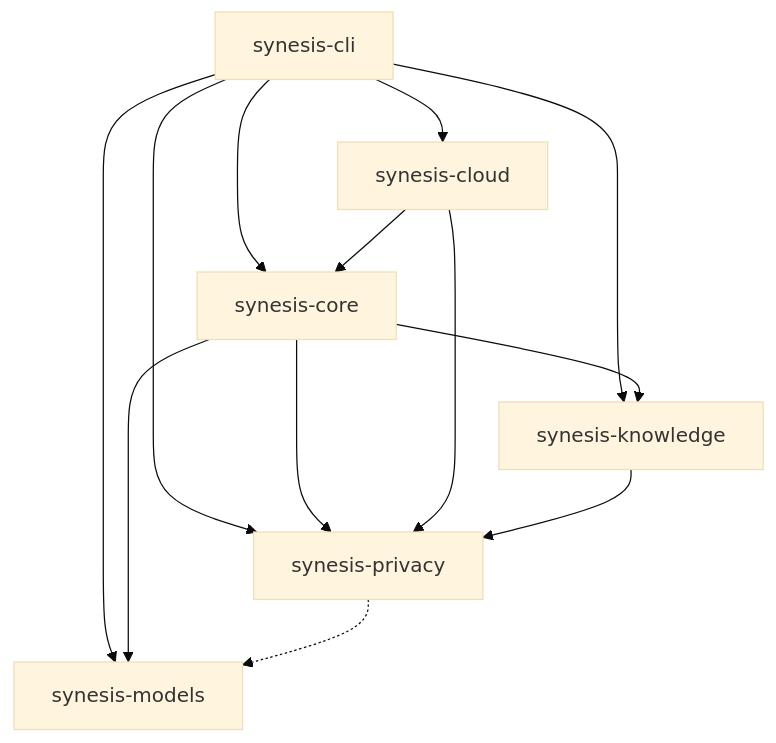
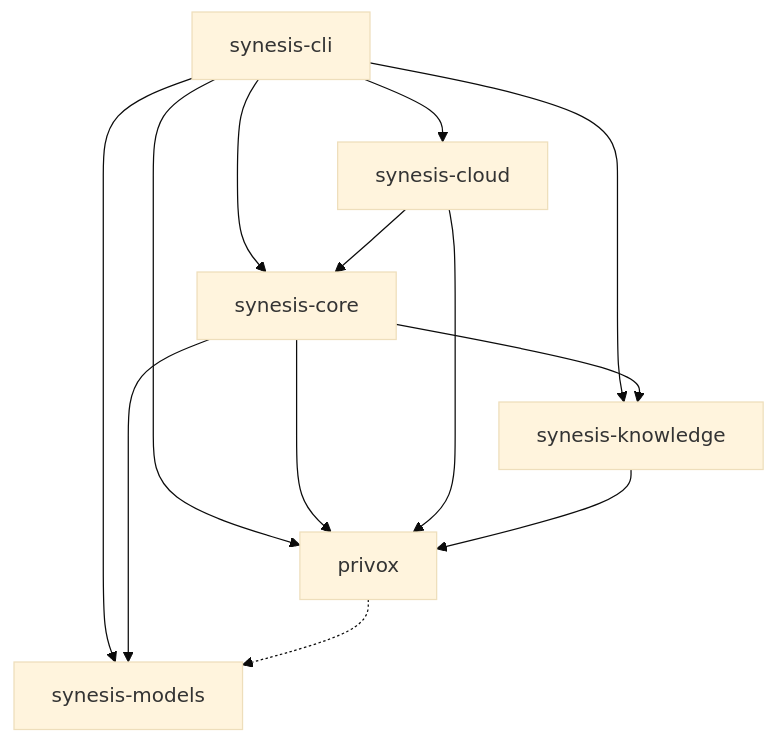
Before and after one commit to SuperInstance/tripartite-rs: the diagram in docs/ECOSYSTEM.md, drawn with Mermaid (base theme). The commit also changed other lines of this file and 1022 other files, not shown here.

````diff
--- a/docs/ECOSYSTEM.md
+++ b/docs/ECOSYSTEM.md
@@ -59,19 +59,19 @@
 ```mermaid
 graph TD
     CLI[synesis-cli] --> Core[synesis-core]
     CLI --> Knowledge[synesis-knowledge]
-    CLI --> Privacy[synesis-privacy]
+    CLI --> Privox[privox]
     CLI --> Models[synesis-models]
     CLI --> Cloud[synesis-cloud]
 
-    Core --> Privacy
+    Core --> Privox
     Core --> Knowledge
     Core --> Models
 
-    Cloud --> Privacy
+    Cloud --> Privox
     Cloud --> Core
 
-    Knowledge --> Privacy
+    Knowledge --> Privox
 
-    Privacy -.-> Models
+    Privox -.-> Models
 ```
````
